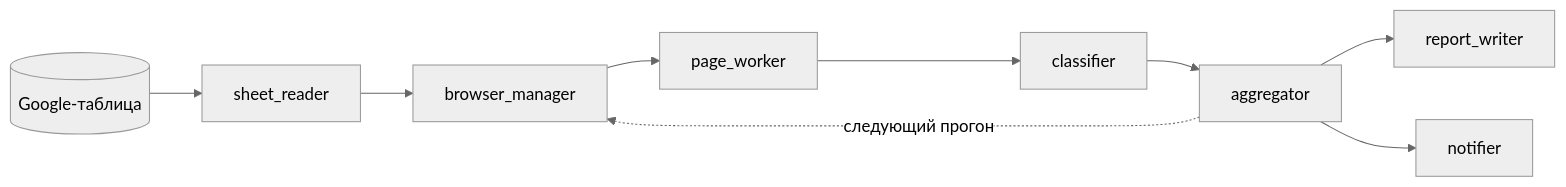
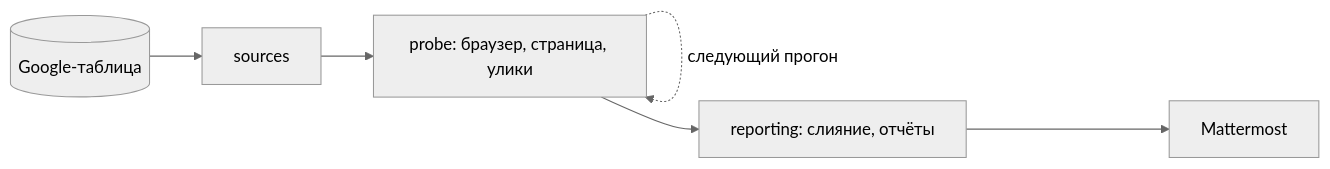
Before and after one commit to not-hehe/digital_tools: the fifth of 5 diagrams in analytics/google_page_checker/README.md, drawn with Mermaid (neutral theme). The commit also changed other lines of this file and 19 other files, not shown here.

First line of the commit message:
google_page_checker: модули разложены по слоям, как у domain_checker

````diff
--- a/analytics/google_page_checker/README.md
+++ b/analytics/google_page_checker/README.md
@@ -255,11 +260,8 @@
 ```mermaid
 flowchart LR
-    X[(Google-таблица)] --> R[sheet_reader]
-    R --> B[browser_manager]
-    B --> P[page_worker]
-    P --> C[classifier]
-    C --> A[aggregator]
-    A --> W[report_writer]
-    A --> N[notifier]
-    A -. следующий прогон .-> B
+    X[(Google-таблица)] --> S[sources]
+    S --> P[probe: браузер, страница, улики]
+    P -. следующий прогон .-> P
+    P --> R[reporting: слияние, отчёты]
+    R --> MM[Mattermost]
 ```
````
